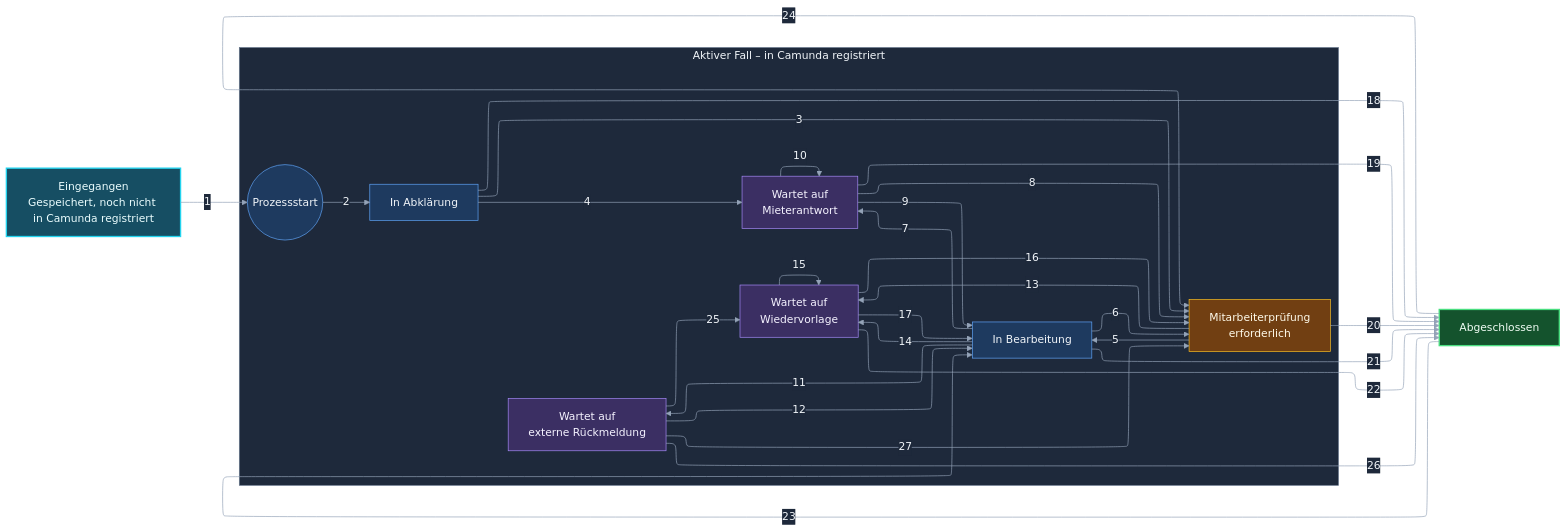
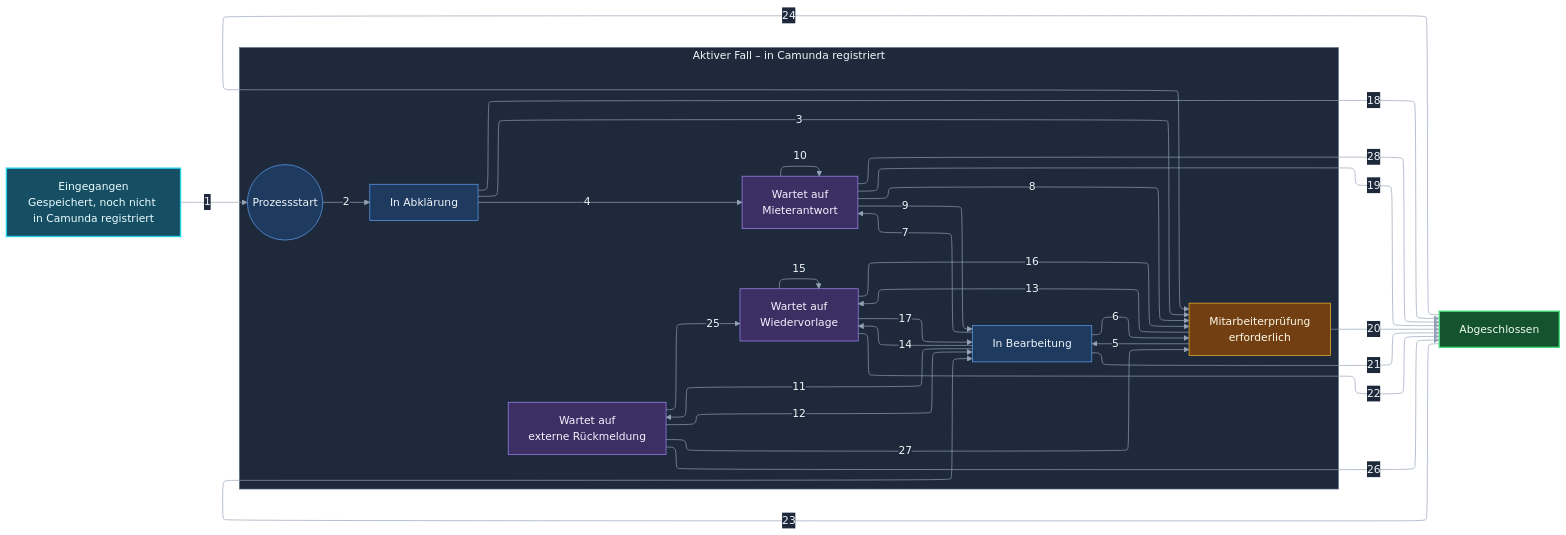
Before and after one commit to permarco/propertyflow: the diagram in docs/specifications/fallverwaltung.md, drawn with Mermaid. The commit also changed other lines of this file and 4 other files, not shown here.

````diff
--- a/docs/specifications/fallverwaltung.md
+++ b/docs/specifications/fallverwaltung.md
@@ -96,58 +96,59 @@
 ```mermaid
 %%{init: {"flowchart":{"curve":"basis","nodeSpacing":42,"rankSpacing":55},"layout":"elk","theme": "base", "themeVariables": {"darkMode": true, "background": "#0f172a", "primaryColor": "#1e3a5f", "primaryTextColor": "#f1f5f9", "primaryBorderColor": "#60a5fa", "lineColor": "#94a3b8", "textColor": "#f1f5f9", "edgeLabelBackground": "#1e293b", "clusterBkg": "#1e293b", "clusterBorder": "#64748b"}}}%%
 flowchart LR
     E["Eingegangen<br/>Gespeichert, noch nicht in Camunda registriert"]
     subgraph Aktiv["Aktiver Fall – in Camunda registriert"]
         direction LR
         Start(("Prozessstart"))
         A["In Abklärung"]
         M["Wartet auf<br/>Mieterantwort"]
         X["Wartet auf<br/>externe Rückmeldung"]
         W["Wartet auf<br/>Wiedervorlage"]
         B["In Bearbeitung"]
         P["Mitarbeiterprüfung<br/>erforderlich"]
     end
     Z["Abgeschlossen"]
     E -->|"1"| Start
     Start -->|"2"| A
     A -->|"4"| M
     M -->|"9"| B
     W -->|"17"| B
     B -->|"6"| P
     A -->|"3"| P
     P -->|"5"| B
     B -->|"7"| M
     M -->|"8"| P
     M -->|"10"| M
     B -->|"11"| X
     X -->|"12"| B
     X -->|"25"| W
     X -->|"26"| Z
     X -->|"27"| P
+    M -->|"28"| Z
     P -->|"13"| W
     B -->|"14"| W
     W -->|"15"| W
     W -->|"16"| P
     A -->|"18"| Z
     M -->|"19"| Z
     P -->|"20"| Z
     B -->|"21"| Z
     W -->|"22"| Z
     Z -->|"23"| B
     Z -->|"24"| P
     %% Unsichtbare Verbindungen richten die Wartezustände aus.
     A ~~~ X
     A ~~~ W
     X ~~~ B
     M ~~~ B
     W ~~~ B
     classDef processing fill:#1e3a5f,stroke:#60a5fa,color:#f1f5f9
     classDef waiting fill:#3b2f63,stroke:#a78bfa,color:#f5f3ff
     classDef review fill:#713f12,stroke:#fbbf24,color:#fffbeb
     class A,B,Start processing
     class M,X,W waiting
     class P review
     style E fill:#164e63,stroke:#22d3ee,color:#ecfeff,stroke-width:2px
     style Z fill:#14532d,stroke:#4ade80,color:#f0fdf4,stroke-width:2px
     style Aktiv fill:#1e293b,stroke:#64748b,color:#f1f5f9
 ```
````
